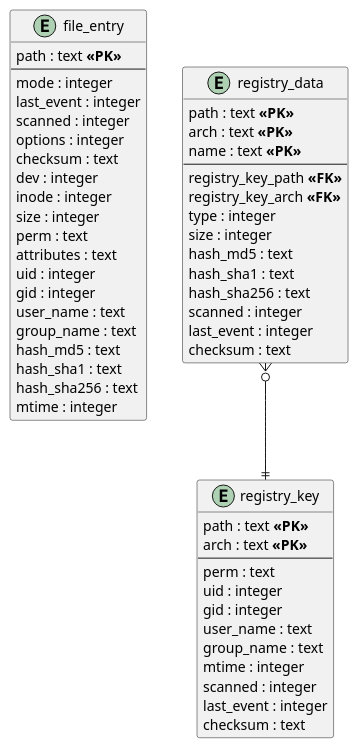
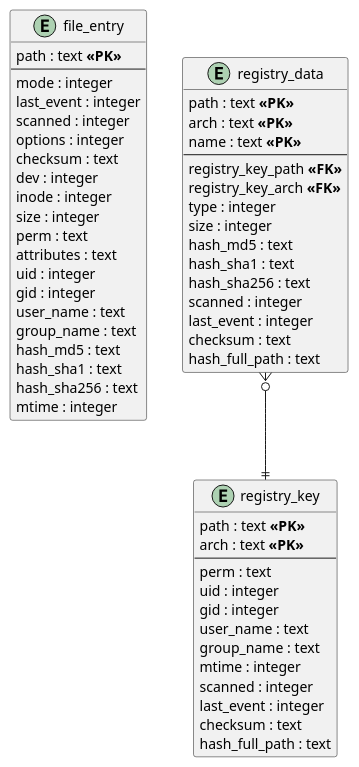
One commit to wazuh/wazuh-agent changed the diagram in architecture/FIM/db/ER-diagram.puml. Above: the diagram before and after it, drawn with PlantUML. The commit also changed 4 other files, not shown here.

Commit message:
Update design graphs

```diff
--- a/architecture/FIM/db/ER-diagram.puml
+++ b/architecture/FIM/db/ER-diagram.puml
@@ -1,60 +1,62 @@
-@startuml
+@startuml ER FIM DB
 
 entity "file_entry" {
   path : text **<<PK>>**
   --
   mode : integer
   last_event : integer
   scanned : integer
   options : integer
   checksum : text
   dev : integer
   inode : integer
   size : integer
   perm : text
   attributes : text
   uid : integer
   gid : integer
   user_name : text
   group_name : text
   hash_md5 : text
   hash_sha1 : text
   hash_sha256 : text
   mtime : integer
 }
 
 entity "registry_key" {
   path : text **<<PK>>**
   arch : text **<<PK>>**
   --
   perm : text 
   uid : integer
   gid : integer
   user_name : text
   group_name : text
   mtime : integer
   scanned : integer
   last_event : integer
   checksum : text
+  hash_full_path : text
 }
 
 entity "registry_data" {
   path : text **<<PK>>**
   arch : text **<<PK>>**
   name : text **<<PK>>**
   --
   registry_key_path **<<FK>>**
   registry_key_arch **<<FK>>**
   type : integer
   size : integer
   hash_md5 : text
   hash_sha1 : text
   hash_sha256 : text
   scanned : integer
   last_event : integer
   checksum : text
+  hash_full_path : text
 }
 registry_data }o--|| registry_key
 
 
 @enduml
```
